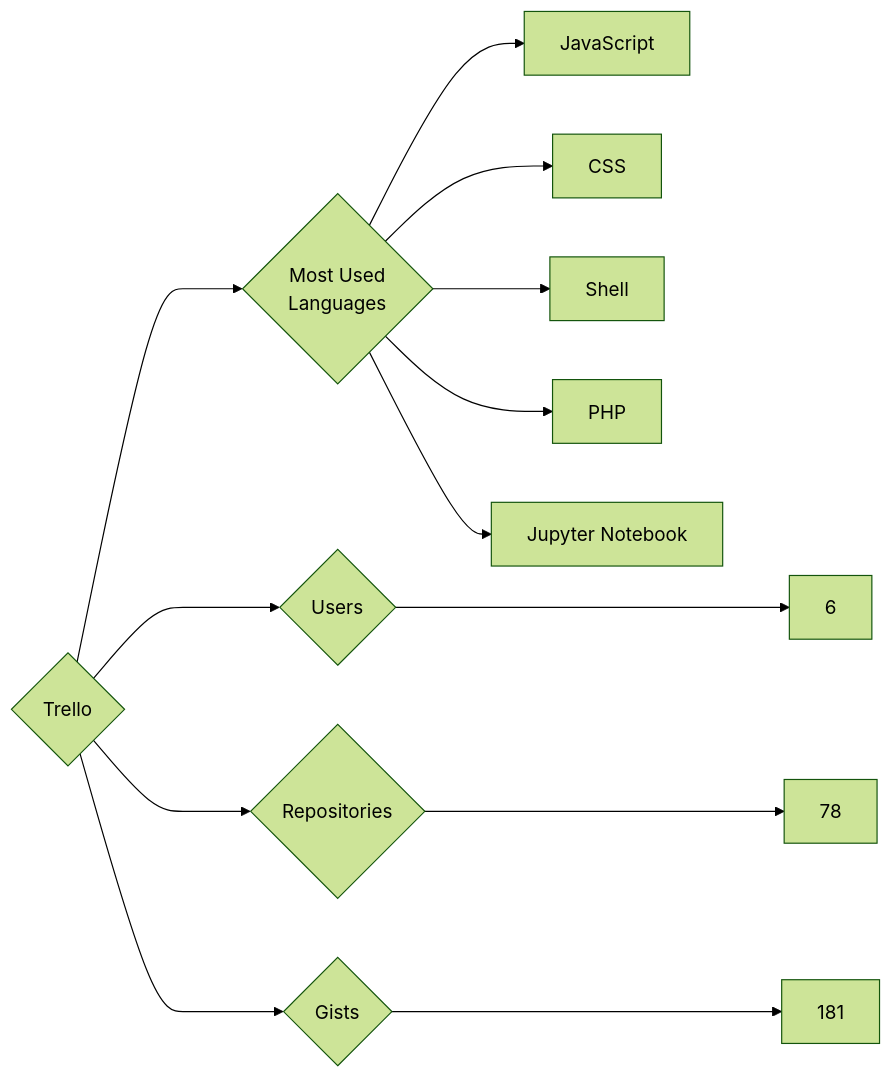
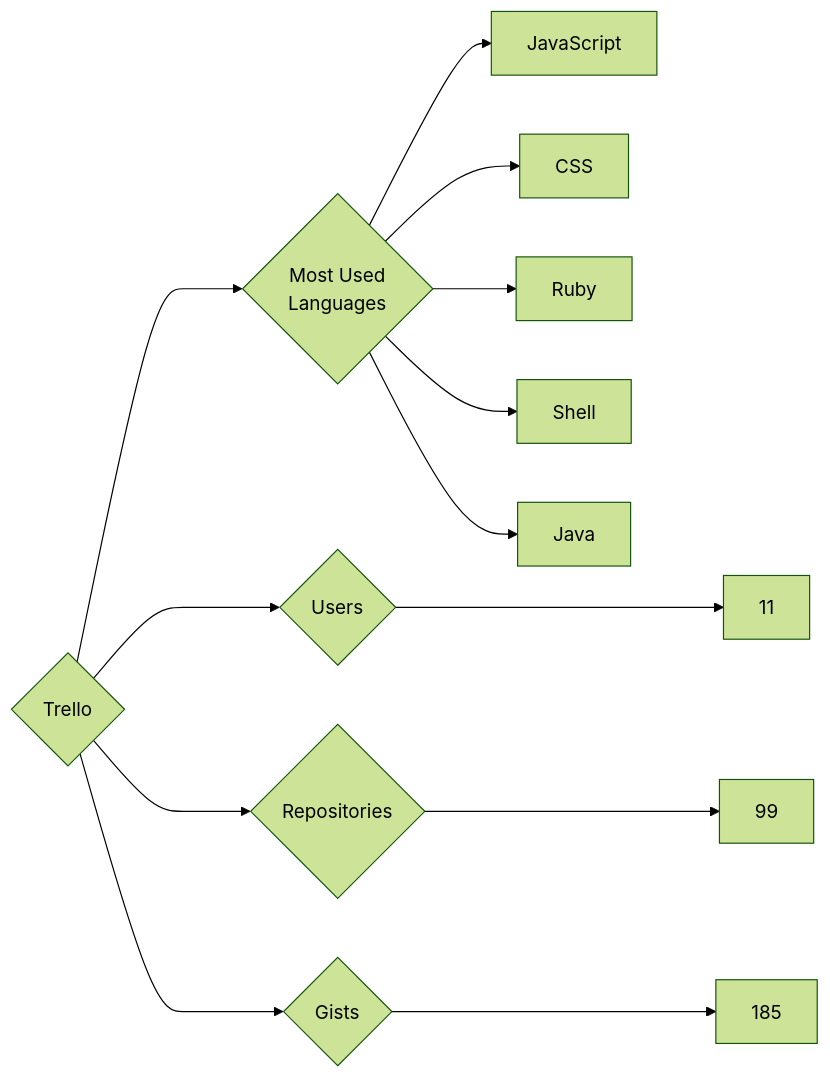
The diagram in targets/Trello/README.md (trickest/insiders), drawn with Mermaid (forest theme) before and after one commit. The commit also changed 1696 other files, not shown here.

````diff
--- a/targets/Trello/README.md
+++ b/targets/Trello/README.md
@@ -3,13 +3,13 @@
 ```mermaid
 graph LR
 COMPANY_NAME{Trello}
-COMPANY_NAME ---> U{Users} ---> UN[6]
-COMPANY_NAME ---> R{Repositories} ---> RN[78]
-COMPANY_NAME ---> G{Gists} ---> GN[181]
+COMPANY_NAME ---> U{Users} ---> UN[11]
+COMPANY_NAME ---> R{Repositories} ---> RN[99]
+COMPANY_NAME ---> G{Gists} ---> GN[185]
 COMPANY_NAME ---> ML{Most Used<br>Languages}
 ML --> JavaScript[JavaScript]
 ML --> CSS[CSS]
+ML --> Ruby[Ruby]
 ML --> Shell[Shell]
-ML --> PHP[PHP]
-ML --> Jupyter_Notebook[Jupyter Notebook]
+ML --> Java[Java]
 ```
````
